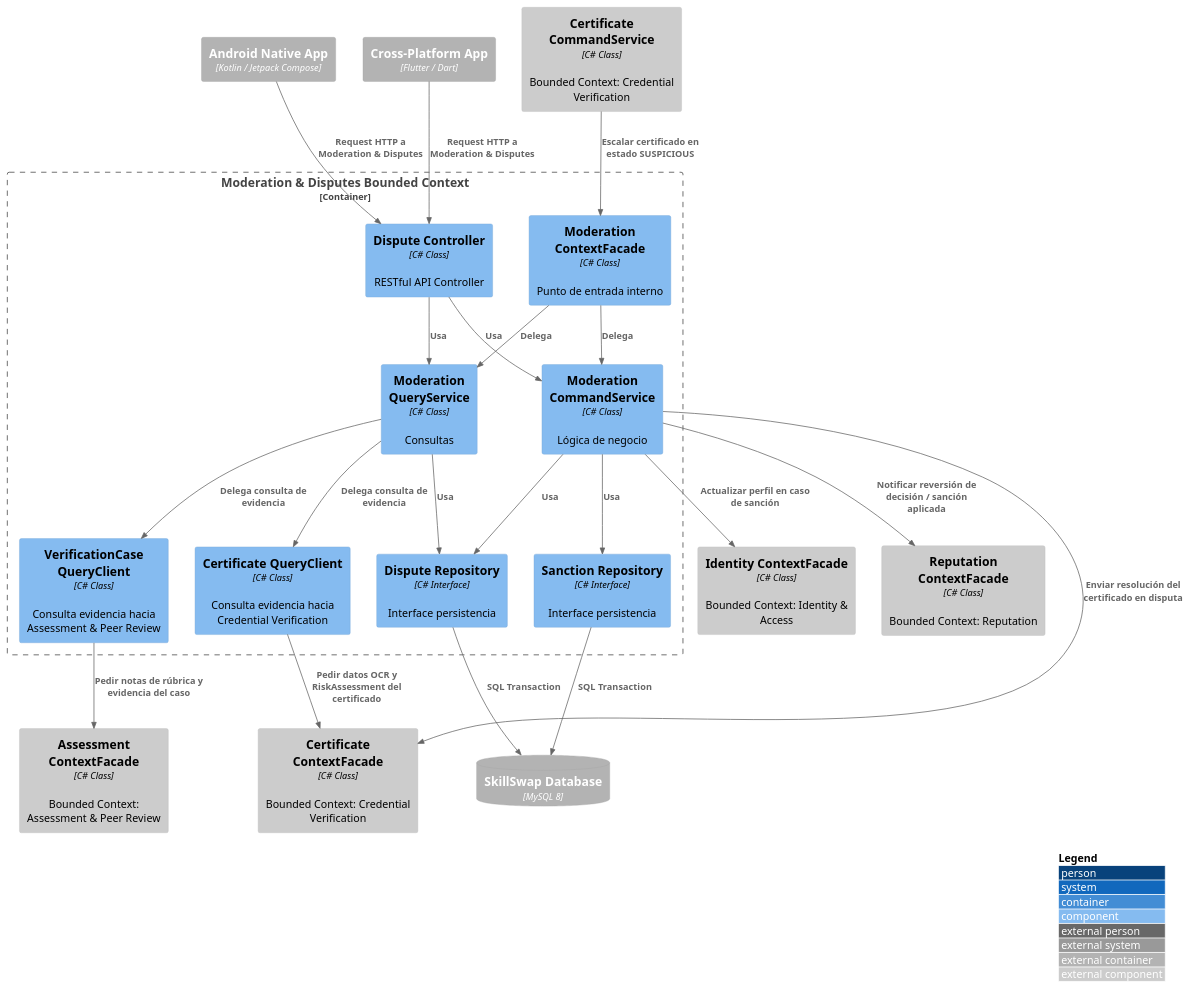
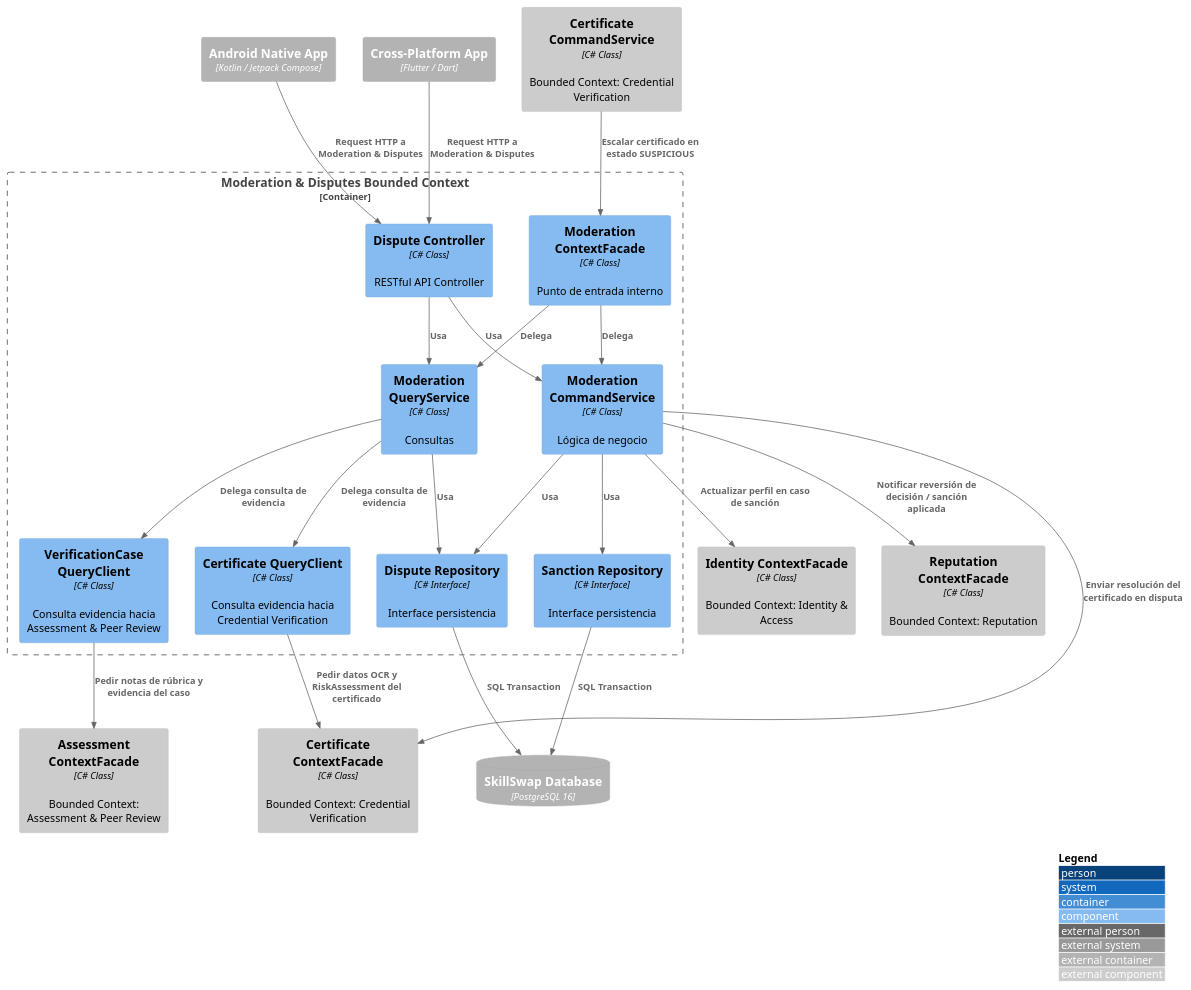
Before and after one commit to Aplicaciones-Dispositivos-Moviles/SkillSwap-ProjectReport: the diagram in DB&C4/Component Diagram — Moderation & Disputes.puml, drawn with PlantUML. The commit also changed 4 other files, not shown here.

```diff
--- a/DB&C4/Component Diagram — Moderation & Disputes.puml
+++ b/DB&C4/Component Diagram — Moderation & Disputes.puml
@@ -1,53 +1,53 @@
 @startuml ModerationDisputesComponent
 !include https://raw.githubusercontent.com/plantuml-stdlib/C4-PlantUML/master/C4_Component.puml
 
 LAYOUT_WITH_LEGEND()
 
 Container_Ext(androidApp, "Android Native App", "Kotlin / Jetpack Compose")
 Container_Ext(flutterApp, "Cross-Platform App", "Flutter / Dart")
-ContainerDb_Ext(mainDB, "SkillSwap Database", "MySQL 8")
+ContainerDb_Ext(mainDB, "SkillSwap Database", "PostgreSQL 16")
 
 Container_Boundary(moderationBC, "Moderation & Disputes Bounded Context") {
     Component(disputeController, "Dispute Controller", "C# Class", "RESTful API Controller")
     Component(moderationCommandService, "Moderation CommandService", "C# Class", "Lógica de negocio")
     Component(moderationQueryService, "Moderation QueryService", "C# Class", "Consultas")
     Component(disputeRepository, "Dispute Repository", "C# Interface", "Interface persistencia")
     Component(sanctionRepository, "Sanction Repository", "C# Interface", "Interface persistencia")
     Component(certificateQueryClient, "Certificate QueryClient", "C# Class", "Consulta evidencia hacia Credential Verification")
     Component(verificationCaseQueryClient, "VerificationCase QueryClient", "C# Class", "Consulta evidencia hacia Assessment & Peer Review")
     Component(moderationContextFacade, "Moderation ContextFacade", "C# Class", "Punto de entrada interno")
 }
 
 Component_Ext(identityContextFacade, "Identity ContextFacade", "C# Class", "Bounded Context: Identity & Access")
 Component_Ext(reputationContextFacade, "Reputation ContextFacade", "C# Class", "Bounded Context: Reputation")
 Component_Ext(credentialContextFacade, "Certificate ContextFacade", "C# Class", "Bounded Context: Credential Verification")
 Component_Ext(credentialCommandService, "Certificate CommandService", "C# Class", "Bounded Context: Credential Verification")
 Component_Ext(assessmentContextFacade, "Assessment ContextFacade", "C# Class", "Bounded Context: Assessment & Peer Review")
 
 Rel(androidApp, disputeController, "Request HTTP a Moderation & Disputes")
 Rel(flutterApp, disputeController, "Request HTTP a Moderation & Disputes")
 
 Rel(disputeController, moderationCommandService, "Usa")
 Rel(disputeController, moderationQueryService, "Usa")
 Rel(moderationCommandService, disputeRepository, "Usa")
 Rel(moderationCommandService, sanctionRepository, "Usa")
 Rel(moderationQueryService, disputeRepository, "Usa")
 Rel(disputeRepository, mainDB, "SQL Transaction")
 Rel(sanctionRepository, mainDB, "SQL Transaction")
 
 Rel(moderationQueryService, certificateQueryClient, "Delega consulta de evidencia")
 Rel(certificateQueryClient, credentialContextFacade, "Pedir datos OCR y RiskAssessment del certificado")
 
 Rel(moderationQueryService, verificationCaseQueryClient, "Delega consulta de evidencia")
 Rel(verificationCaseQueryClient, assessmentContextFacade, "Pedir notas de rúbrica y evidencia del caso")
 
 Rel(moderationCommandService, identityContextFacade, "Actualizar perfil en caso de sanción")
 Rel(moderationCommandService, reputationContextFacade, "Notificar reversión de decisión / sanción aplicada")
 Rel(moderationCommandService, credentialContextFacade, "Enviar resolución del certificado en disputa")
 
 Rel(moderationContextFacade, moderationCommandService, "Delega")
 Rel(moderationContextFacade, moderationQueryService, "Delega")
 
 Rel(credentialCommandService, moderationContextFacade, "Escalar certificado en estado SUSPICIOUS")
 
 @enduml
```
